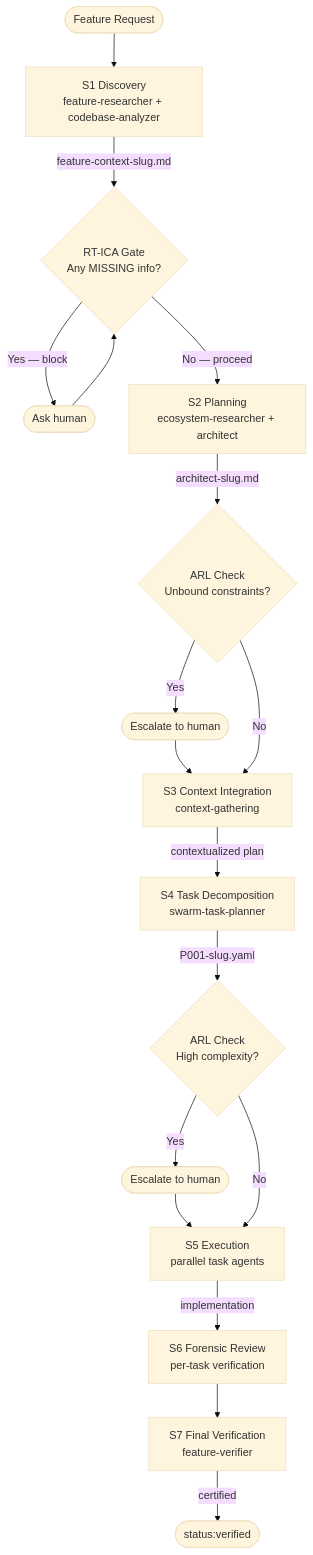
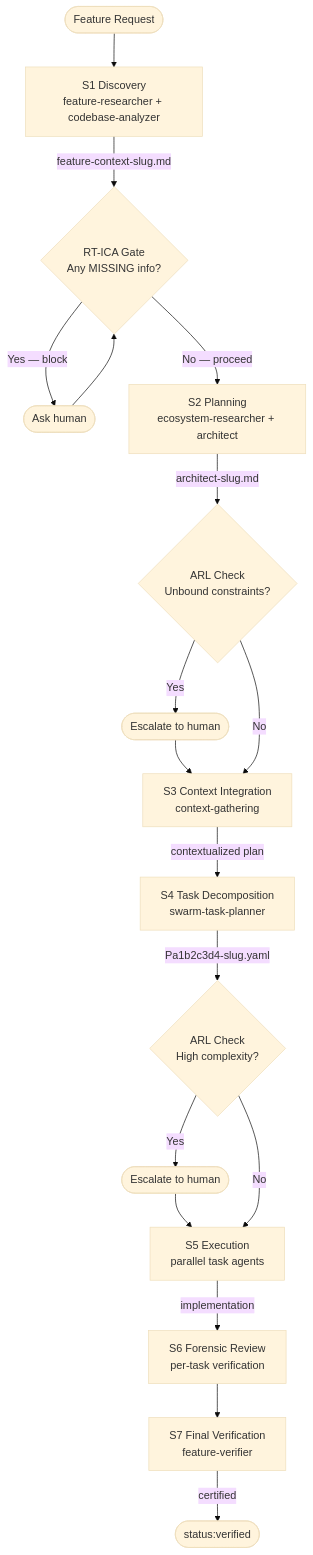
One commit to chgreer1070/claude_skills changed the first of 2 diagrams in plugins/development-harness/README.md. Above: the diagram before and after it, drawn with Mermaid (base theme). The commit also changed other lines of this file and 47 other files, not shown here.

````diff
--- a/plugins/development-harness/README.md
+++ b/plugins/development-harness/README.md
@@ -250,20 +250,20 @@
 ```mermaid
 flowchart TD
     Start([Feature Request]) --> S1[S1 Discovery<br>feature-researcher + codebase-analyzer]
     S1 -->|feature-context-slug.md| RTCA{RT-ICA Gate<br>Any MISSING info?}
     RTCA -->|Yes — block| Human([Ask human])
     Human --> RTCA
     RTCA -->|No — proceed| S2[S2 Planning<br>ecosystem-researcher + architect]
     S2 -->|architect-slug.md| ARL1{ARL Check<br>Unbound constraints?}
     ARL1 -->|Yes| Human2([Escalate to human])
     Human2 --> S3
     ARL1 -->|No| S3[S3 Context Integration<br>context-gathering]
     S3 -->|contextualized plan| S4[S4 Task Decomposition<br>swarm-task-planner]
-    S4 -->|P001-slug.yaml| ARL2{ARL Check<br>High complexity?}
+    S4 -->|Pa1b2c3d4-slug.yaml| ARL2{ARL Check<br>High complexity?}
     ARL2 -->|Yes| Human3([Escalate to human])
     Human3 --> S5
     ARL2 -->|No| S5[S5 Execution<br>parallel task agents]
     S5 -->|implementation| S6[S6 Forensic Review<br>per-task verification]
     S6 --> S7[S7 Final Verification<br>feature-verifier]
     S7 -->|certified| Done([status:verified])
 ```
````
